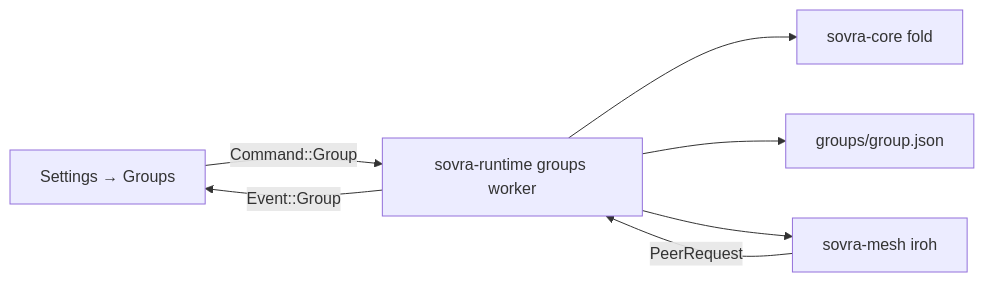
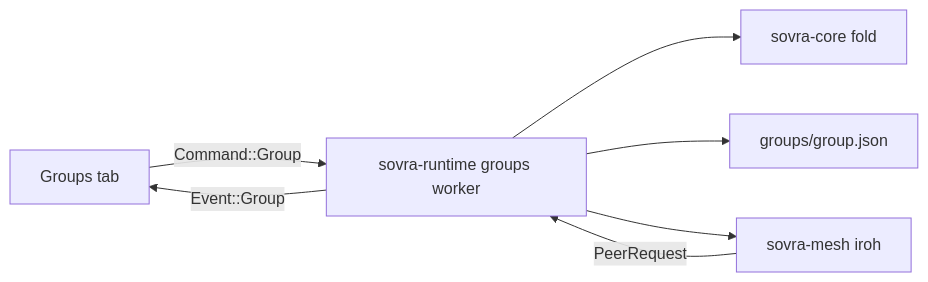
Before and after one commit to Sovra-AI/SovraHarness: the first of 2 diagrams in docs/groups.md, drawn with Mermaid. The commit also changed other lines of this file and 22 other files, not shown here.

First line of the commit message:
✨ feat(groups): rebuild Groups as its own plain-words tab anyone can use

````diff
--- a/docs/groups.md
+++ b/docs/groups.md
@@ -168,9 +203,9 @@
 ```mermaid
 flowchart LR
-  screen["Settings → Groups"] -->|Command::Group| runtime["sovra-runtime groups worker"]
+  screen["Groups tab"] -->|Command::Group| runtime["sovra-runtime groups worker"]
   runtime -->|Event::Group| screen
   runtime --> fold["sovra-core fold"]
   runtime --> disk["groups/group.json"]
   runtime --> mesh["sovra-mesh iroh"]
   mesh -->|PeerRequest| runtime
 ```
````
